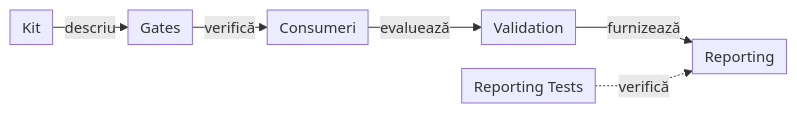
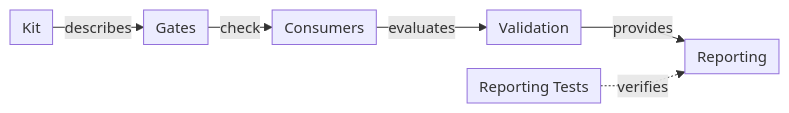
The fifth of 5 diagrams in docs/ATF_AI_Evaluation_Design.md (crististefanita/atf_j0), drawn with Mermaid before and after one commit. The commit also changed other lines of this file and 113 other files, not shown here.

````diff
--- a/docs/ATF_AI_Evaluation_Design.md
+++ b/docs/ATF_AI_Evaluation_Design.md
@@ -1504,9 +1569,9 @@
 ```mermaid
 %%{init: {"themeVariables":{"fontSize":"15px"},"themeCSS":".nodeLabel, .nodeLabel p { font-size: 15px !important; line-height: 1.35 !important; } .edgeLabel, .edgeLabel p { font-size: 12px !important; font-weight: 400 !important; line-height: 1.2 !important; } .edgeLabel .labelBkg, .edgeLabel p { background: transparent !important; } .edgeLabel foreignObject { transform: translateY(-18px); overflow: visible; } .node rect { rx: 6px; ry: 6px; }","flowchart":{"curve":"linear","nodeSpacing":24,"rankSpacing":24,"padding":6,"diagramPadding":20}}}%%
 flowchart LR
-    Kit["Kit"] -->|descriu| Gates["Gates"]
-    Gates -->|verifică| Consumer["Consumeri"]
-    Consumer -->|evaluează| Validation["Validation"]
-    Validation -->|furnizează| Report["Reporting"]
-    Proof["Reporting Tests"] -.->|verifică| Report
+    Kit["Kit"] -->|describes| Gates["Gates"]
+    Gates -->|check| Consumer["Consumers"]
+    Consumer -->|evaluates| Validation["Validation"]
+    Validation -->|provides| Report["Reporting"]
+    Proof["Reporting Tests"] -.->|verifies| Report
 ```
````
